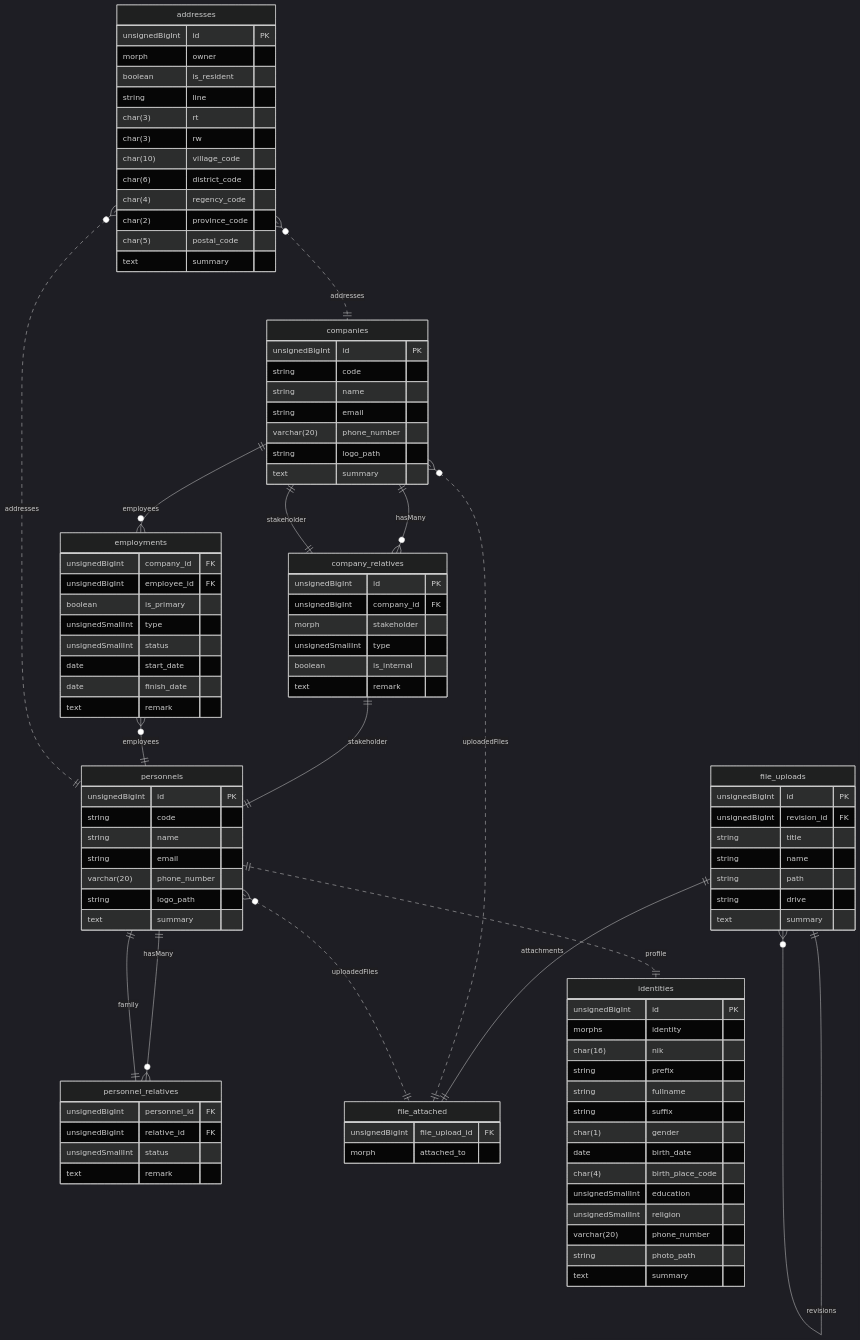
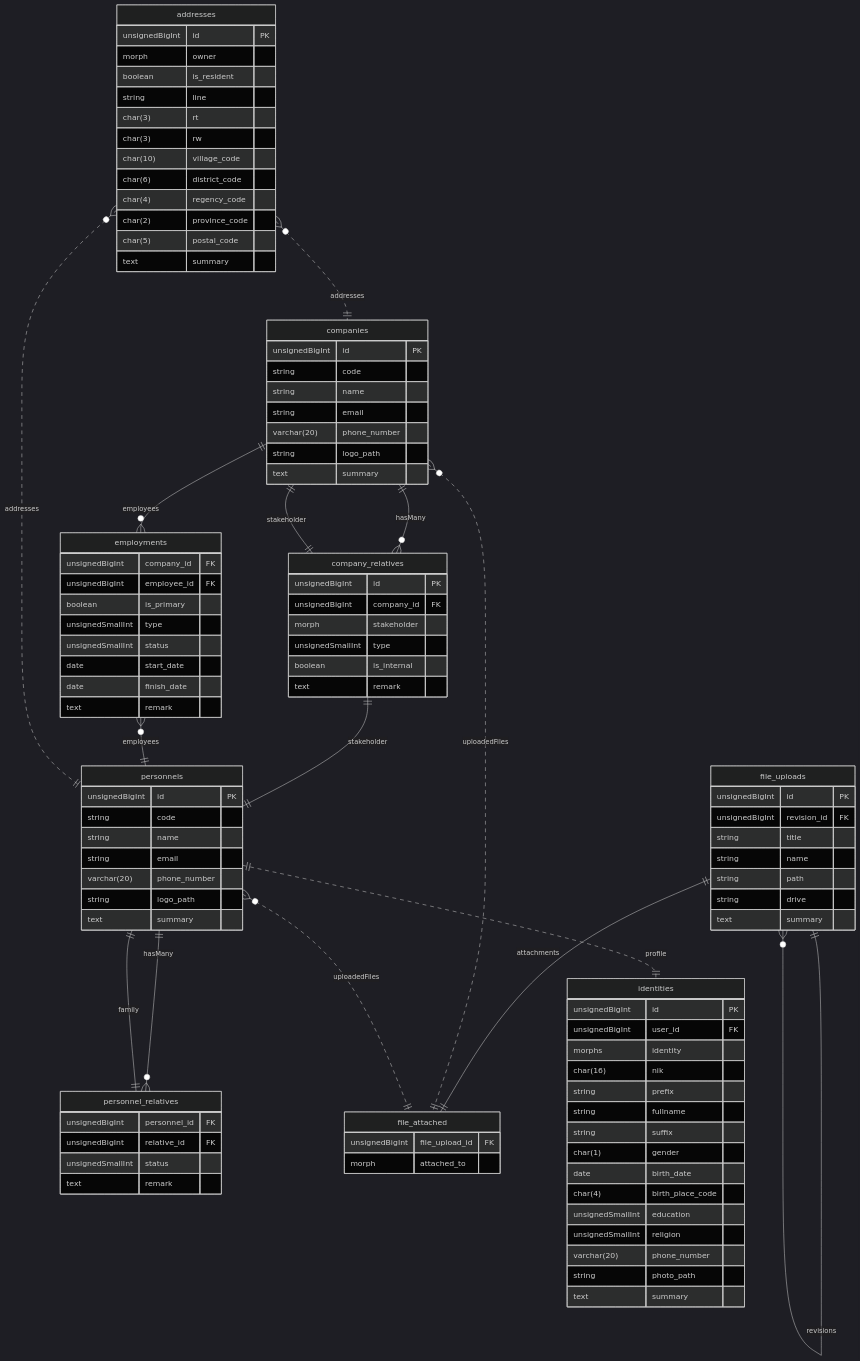
One commit to creasico/laravel-base changed the first of 6 diagrams in database/README.md. Above: the diagram before and after it, drawn with Mermaid (dark theme). The commit also changed other lines of this file and 5 other files, not shown here.

```diff
--- a/database/README.md
+++ b/database/README.md
@@ -94,6 +94,7 @@
     personnels ||..|| identities : profile
     identities {
         unsignedBigInt id PK
+        unsignedBigInt user_id FK
         morphs identity
         char(16) nik
         string prefix
```
